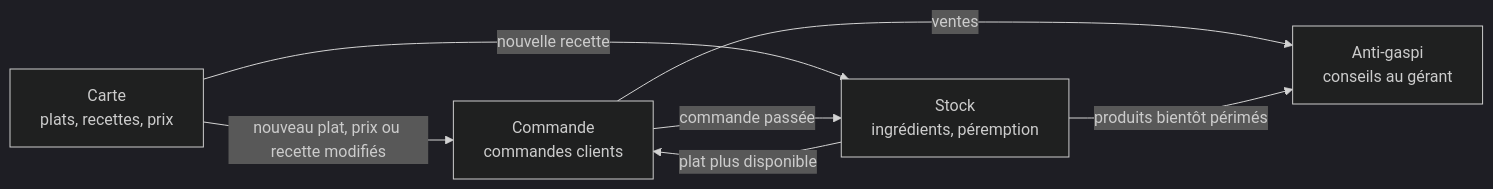
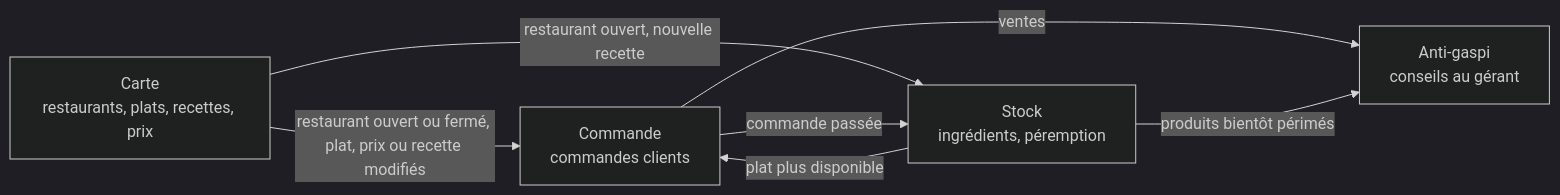
The diagram in README.md (GitAlberto/NoSQL_Project), drawn with Mermaid (dark theme) before and after one commit. The commit also changed other lines of this file, not shown here.

````diff
--- a/README.md
+++ b/README.md
@@ -44,14 +44,14 @@
 ```mermaid
 flowchart LR
-    Carte["Carte<br/>plats, recettes, prix"]
+    Carte["Carte<br/>restaurants, plats, recettes, prix"]
     Stock["Stock<br/>ingrédients, péremption"]
     Commande["Commande<br/>commandes clients"]
     Gaspi["Anti-gaspi<br/>conseils au gérant"]
 
-    Carte -- "nouveau plat, prix ou recette modifiés" --> Commande
-    Carte -- "nouvelle recette" --> Stock
+    Carte -- "restaurant ouvert ou fermé, plat, prix ou recette modifiés" --> Commande
+    Carte -- "restaurant ouvert, nouvelle recette" --> Stock
     Commande -- "commande passée" --> Stock
     Stock -- "plat plus disponible" --> Commande
     Commande -- "ventes" --> Gaspi
     Stock -- "produits bientôt périmés" --> Gaspi
 ```
````
